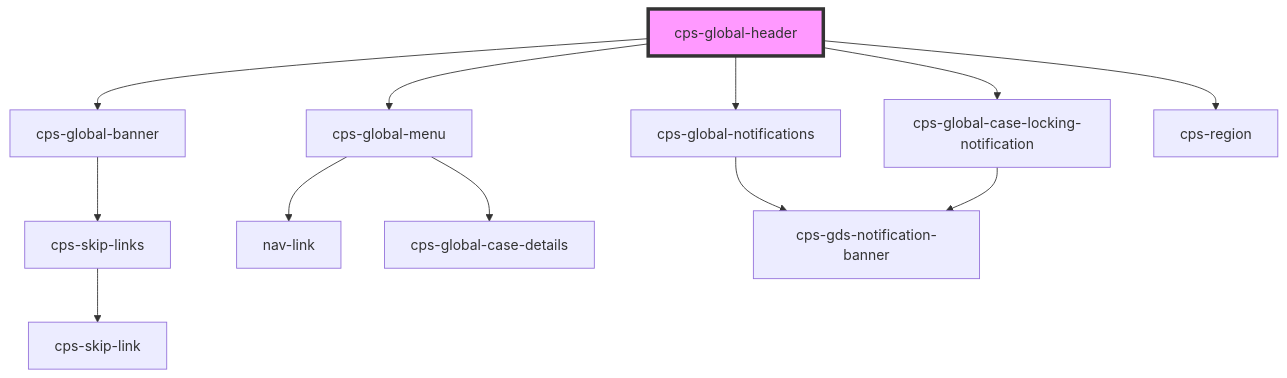
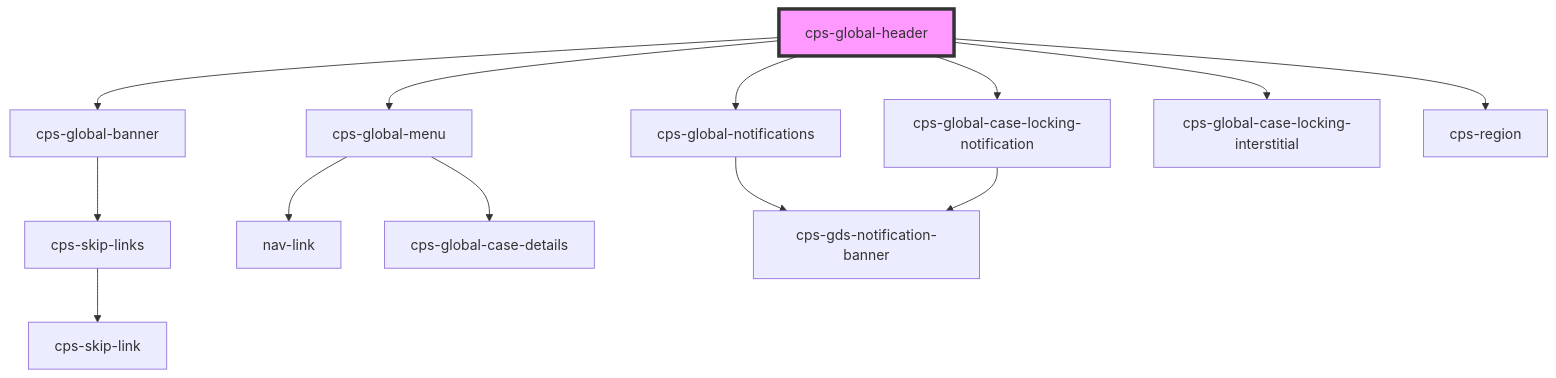
The diagram in packages/cps-global-components/src/components/cps-global-header/readme.md (CPS-Innovation/global-components), drawn with Mermaid before and after one commit. The commit also changed other lines of this file and 12 other files, not shown here.

````diff
--- a/packages/cps-global-components/src/components/cps-global-header/readme.md
+++ b/packages/cps-global-components/src/components/cps-global-header/readme.md
@@ -26,15 +27,16 @@
 ```mermaid
 graph TD;
   cps-global-header --> cps-global-banner
   cps-global-header --> cps-global-menu
   cps-global-header --> cps-global-notifications
   cps-global-header --> cps-global-case-locking-notification
+  cps-global-header --> cps-global-case-locking-interstitial
   cps-global-header --> cps-region
   cps-global-banner --> cps-skip-links
   cps-skip-links --> cps-skip-link
   cps-global-menu --> nav-link
   cps-global-menu --> cps-global-case-details
   cps-global-notifications --> cps-gds-notification-banner
   cps-global-case-locking-notification --> cps-gds-notification-banner
   style cps-global-header fill:#f9f,stroke:#333,stroke-width:4px
 ```
````
